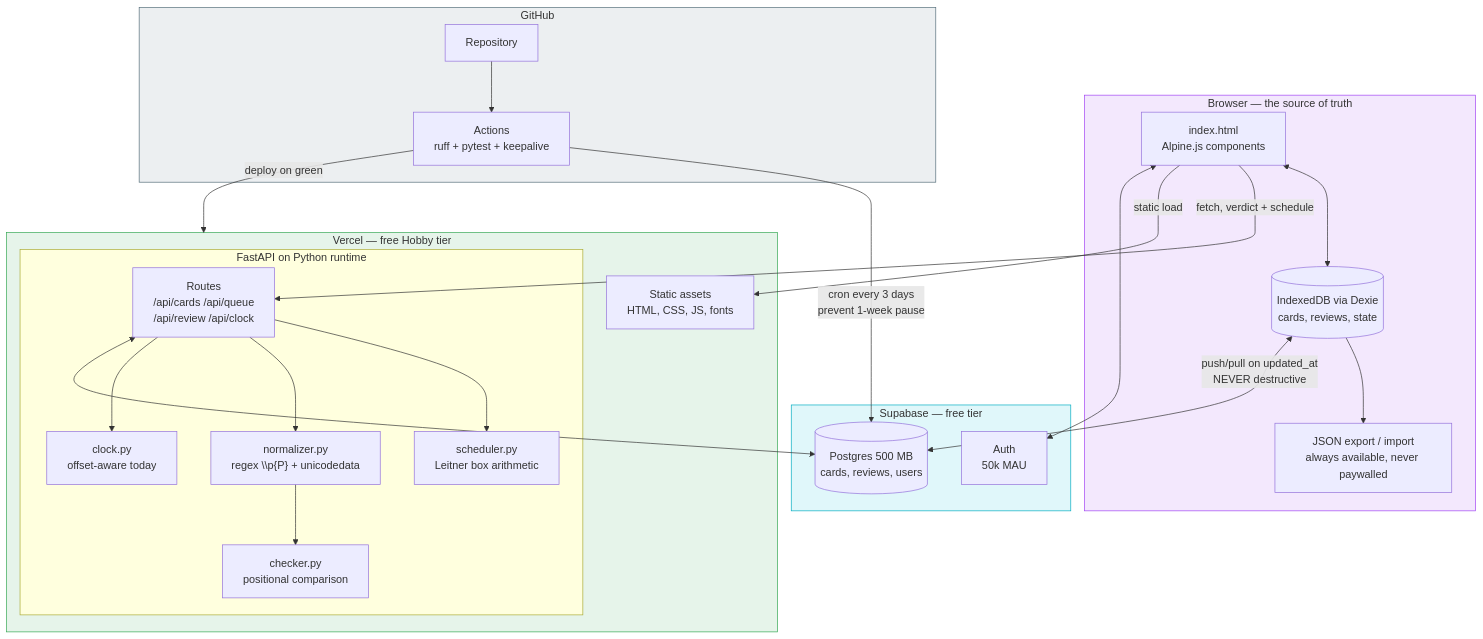
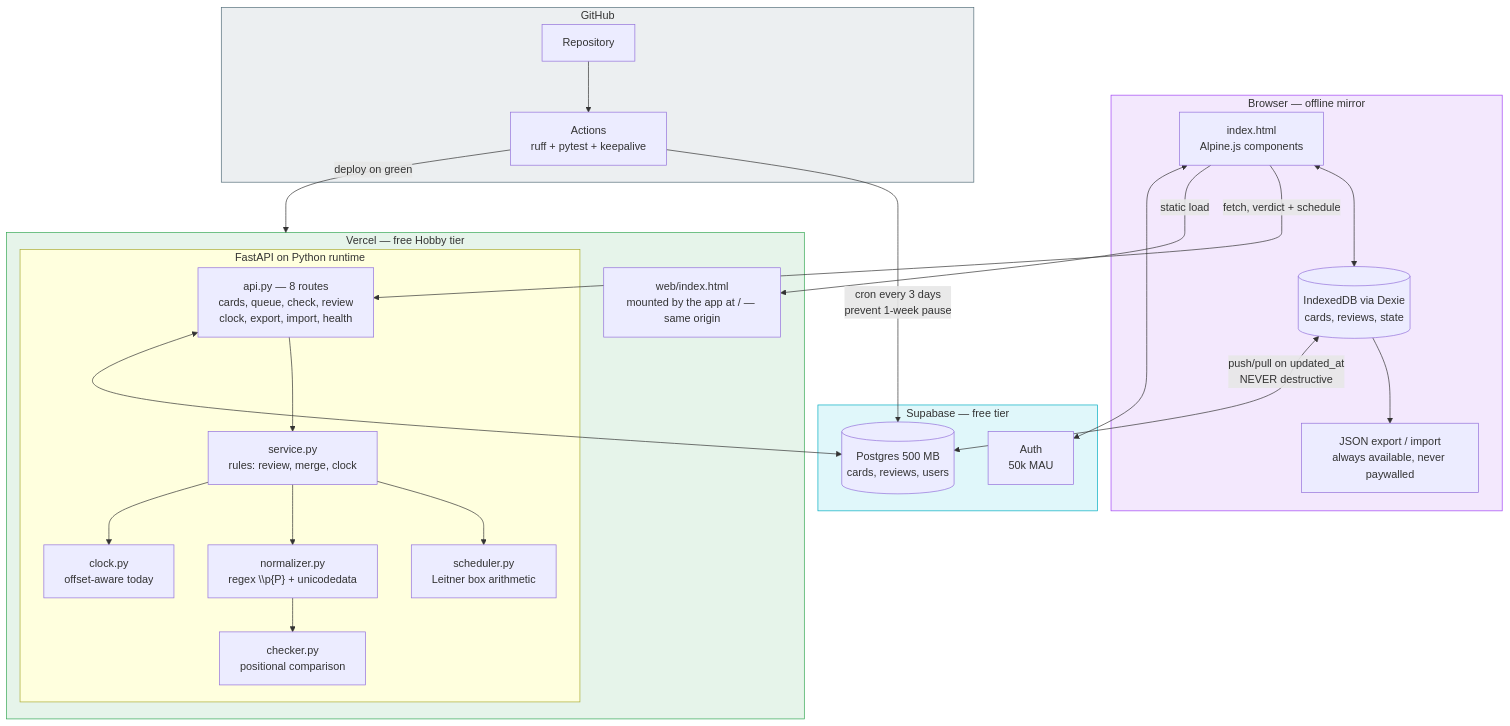
One commit to potat4190/Scripture-Memory-Trainer changed the second of 10 diagrams in docs/FLOWCHART.md. Above: the diagram before and after it, drawn with Mermaid. The commit also changed other lines of this file and 2 other files, not shown here.

First paragraph of the commit message:
README: the live URL, the real architecture, and the rule interpretations
Three graded items were outstanding.

````diff
--- a/docs/FLOWCHART.md
+++ b/docs/FLOWCHART.md
@@ -78,47 +78,49 @@
 ```mermaid
 flowchart TB
-    subgraph BROWSER["Browser — the source of truth"]
+    subgraph BROWSER["Browser — offline mirror"]
         HTML["index.html<br/>Alpine.js components"]
         DEXIE[("IndexedDB via Dexie<br/>cards, reviews, state")]
         EXPORT["JSON export / import<br/>always available, never paywalled"]
         HTML <--> DEXIE
         DEXIE --> EXPORT
     end
 
     subgraph VERCEL["Vercel — free Hobby tier"]
-        STATIC["Static assets<br/>HTML, CSS, JS, fonts"]
+        STATIC["web/index.html<br/>mounted by the app at / — same origin"]
         subgraph FASTAPI["FastAPI on Python runtime"]
-            ROUTES["Routes<br/>/api/cards /api/queue<br/>/api/review /api/clock"]
+            ROUTES["api.py — 8 routes<br/>cards, queue, check, review<br/>clock, export, import, health"]
+            SERVICE["service.py<br/>rules: review, merge, clock"]
             SCHED["scheduler.py<br/>Leitner box arithmetic"]
             NORM["normalizer.py<br/>regex \\p{P} + unicodedata"]
             CHECK["checker.py<br/>positional comparison"]
             CLOCK["clock.py<br/>offset-aware today"]
-            ROUTES --> SCHED
-            ROUTES --> NORM --> CHECK
-            ROUTES --> CLOCK
+            ROUTES --> SERVICE
+            SERVICE --> SCHED
+            SERVICE --> NORM --> CHECK
+            SERVICE --> CLOCK
         end
     end
 
     subgraph SUPA["Supabase — free tier"]
         AUTH["Auth<br/>50k MAU"]
         PG[("Postgres 500 MB<br/>cards, reviews, users")]
     end
 
     subgraph GH["GitHub"]
         REPO["Repository"]
         ACTIONS["Actions<br/>ruff + pytest + keepalive"]
     end
 
     HTML -->|"fetch, verdict + schedule"| ROUTES
     HTML -->|"static load"| STATIC
     DEXIE <-->|"push/pull on updated_at<br/>NEVER destructive"| PG
     HTML <--> AUTH
     ROUTES <--> PG
     REPO --> ACTIONS -->|"deploy on green"| VERCEL
     ACTIONS -->|"cron every 3 days<br/>prevent 1-week pause"| PG
 
     style BROWSER fill:#f3e8fd,stroke:#a142f4
     style VERCEL fill:#e6f4ea,stroke:#34a853
     style SUPA fill:#e0f7fa,stroke:#00acc1
     style GH fill:#eceff1,stroke:#546e7a
 ```
````
